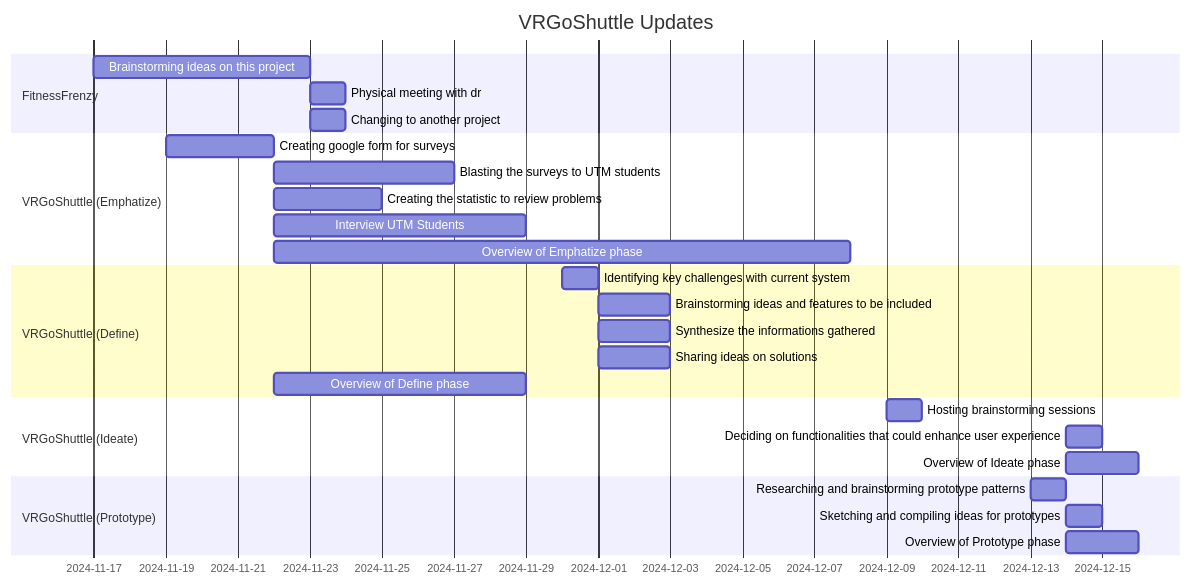
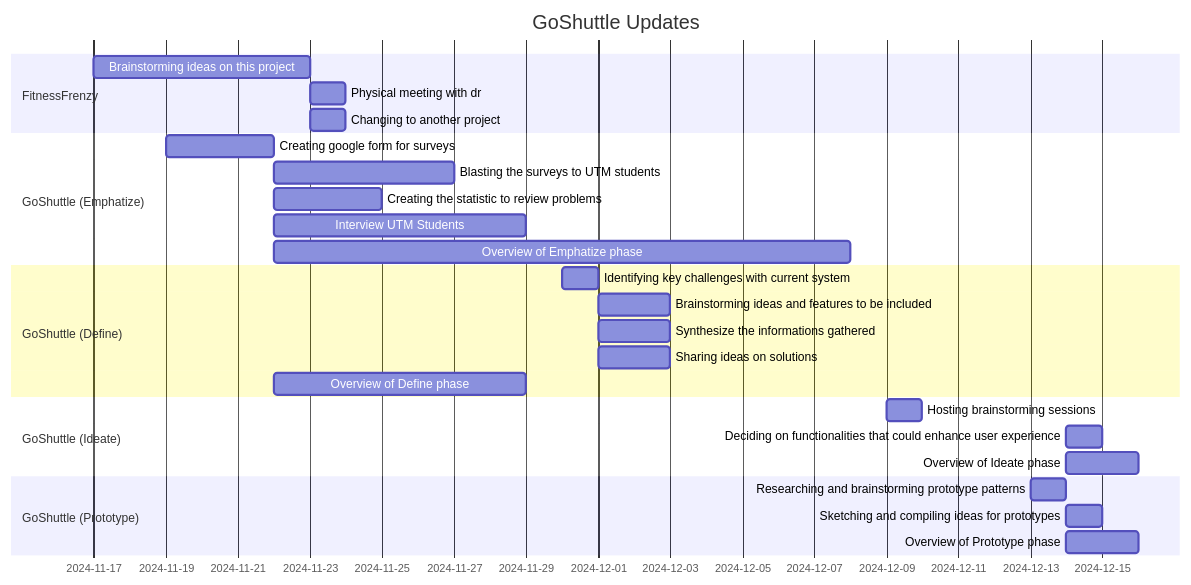
The diagram in Group 3/Gantt Chart Overview.md (HaritzHaykal/Group-1), drawn with Mermaid before and after one commit.

Commit message:
Update Gantt Chart Overview.md

````diff
--- a/Group 3/Gantt Chart Overview.md
+++ b/Group 3/Gantt Chart Overview.md
@@ -1,30 +1,30 @@
 ```mermaid
 gantt
-    title VRGoShuttle Updates
+    title GoShuttle Updates
     dateFormat YYYY-MM-DD
     section FitnessFrenzy 
         Brainstorming ideas on this project :a1, 2024-11-17, 6d
         Physical meeting with dr    :after a1, 1d
         Changing to another project :after a1, 1d
-    section VRGoShuttle (Emphatize)
+    section GoShuttle (Emphatize)
         Creating google form for surveys    :b1, 2024-11-19, 3d
         Blasting the surveys to UTM students   :after b1, 5d
         Creating the statistic to review problems :after b1, 3d
         Interview UTM Students :after b1, 7d
         Overview of Emphatize phase    :after b1, 16d
-   section VRGoShuttle (Define)
+   section GoShuttle (Define)
         Identifying key challenges with current system:c1, 2024-11-30, 1d
         Brainstorming ideas and features to be included :after c1, 2d
         Synthesize the informations gathered    :after c1, 2d
         Sharing ideas on solutions   :after c1, 2d
         Overview of Define phase    :after b1, 7d
-section VRGoShuttle (Ideate)
+section GoShuttle (Ideate)
         Hosting brainstorming sessions :d1, 2024-12-9, 1d
         Deciding on functionalities that could enhance user experience :after d1, 1d
         Overview of Ideate phase    :after d1, 2d
-section VRGoShuttle (Prototype)
+section GoShuttle (Prototype)
         Researching and brainstorming prototype patterns :d1, 2024-12-13, 1d
         Sketching and compiling ideas for prototypes :after d1, 1d
         Overview of Prototype phase    :after d1, 2d
 
 ```
````
